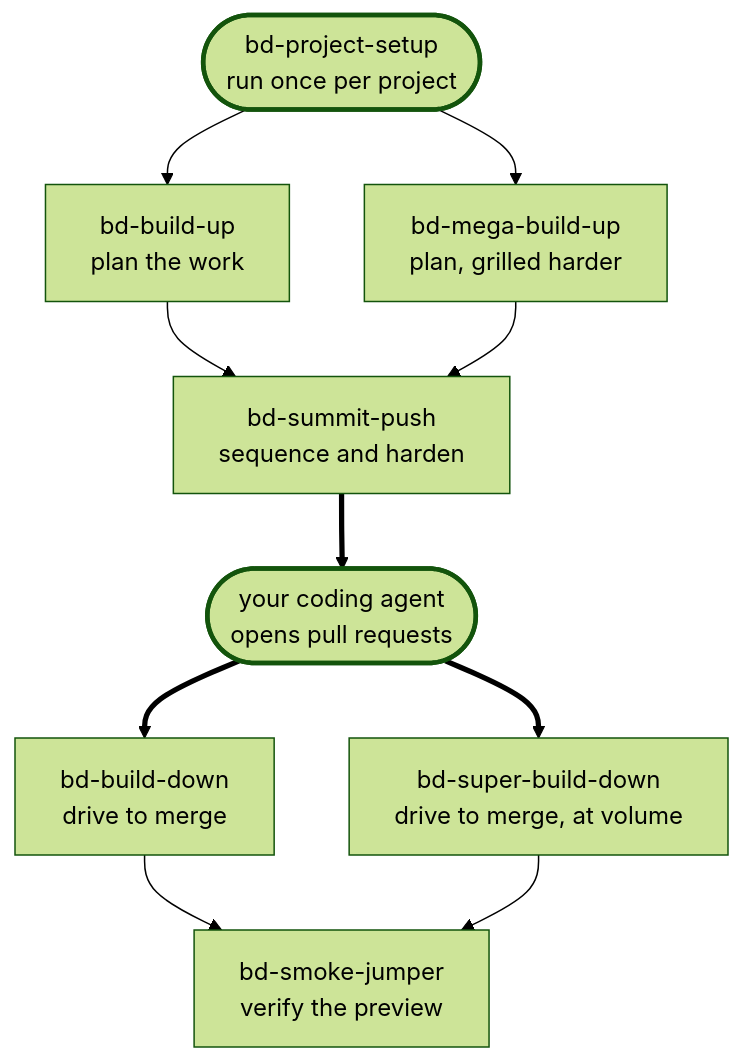
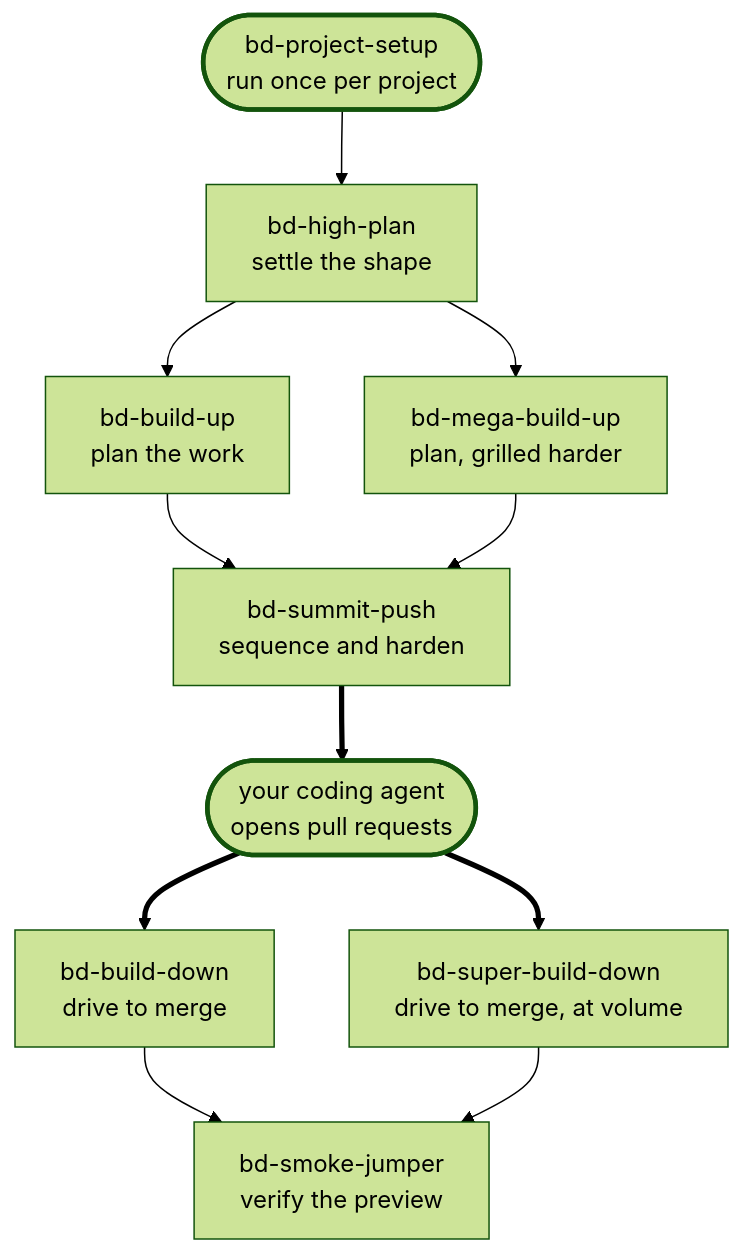
Before and after one commit to BuildDownAI/docs: the first of 2 diagrams in latest/skills/introduction.mdx, drawn with Mermaid (forest theme). The commit also changed other lines of this file and 8 other files, not shown here.

````diff
--- a/latest/skills/introduction.mdx
+++ b/latest/skills/introduction.mdx
@@ -27,24 +30,26 @@
 ```mermaid
 graph TD
     setup(["bd-project-setup<br/>run once per project"])
+    high["bd-high-plan<br/>settle the shape"]
     up["bd-build-up<br/>plan the work"]
     mega["bd-mega-build-up<br/>plan, grilled harder"]
     push["bd-summit-push<br/>sequence and harden"]
     agent(["your coding agent<br/>opens pull requests"])
     down["bd-build-down<br/>drive to merge"]
     sdown["bd-super-build-down<br/>drive to merge, at volume"]
     smoke["bd-smoke-jumper<br/>verify the preview"]
 
-    setup --> up
-    setup --> mega
+    setup --> high
+    high --> up
+    high --> mega
     up --> push
     mega --> push
     push ==> agent
     agent ==> down
     agent ==> sdown
     down --> smoke
     sdown --> smoke
 
     classDef external stroke-width:3px
     class agent,setup external
 ```
````
